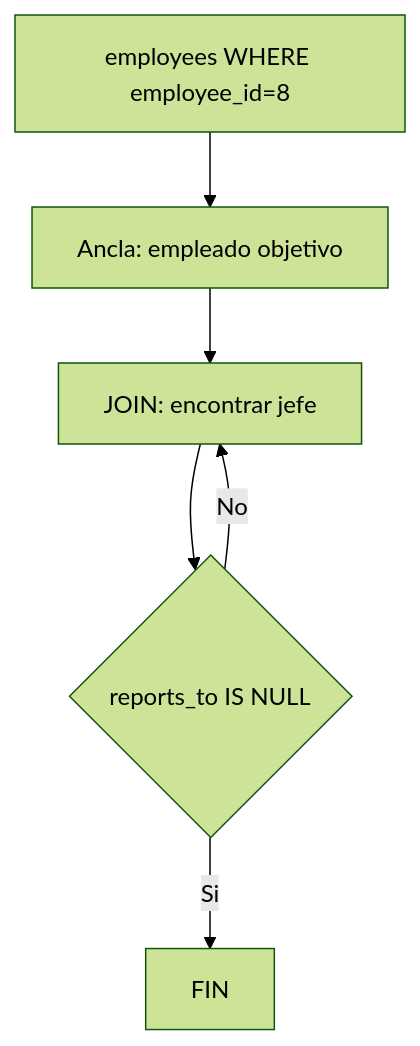
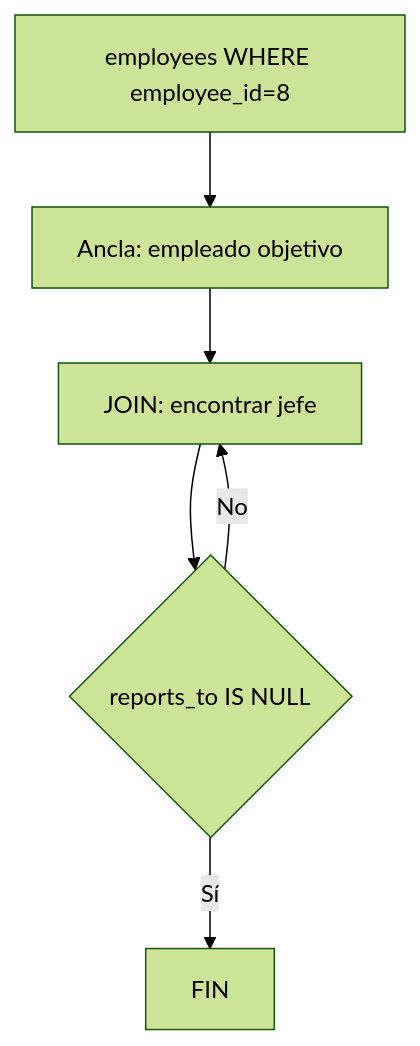
One commit to Slinkter/ApuntesSQL changed diagram 16 of 50 in Lab/Lab01/Ejercicios/3.avanzado.md. Above: the diagram before and after it, drawn with Mermaid (forest theme). The commit also changed other lines of this file and 7 other files, not shown here.

````diff
--- a/Lab/Lab01/Ejercicios/3.avanzado.md
+++ b/Lab/Lab01/Ejercicios/3.avanzado.md
@@ -770,8 +898,8 @@
 ```mermaid
 flowchart TD
     E[employees WHERE employee_id=8] --> A[Ancla: empleado objetivo]
     A --> R[JOIN: encontrar jefe]
     R --> CHECK{reports_to IS NULL}
     CHECK -->|No| R
-    CHECK -->|Si| FIN
+    CHECK -->|Sí| FIN
 ```
````
